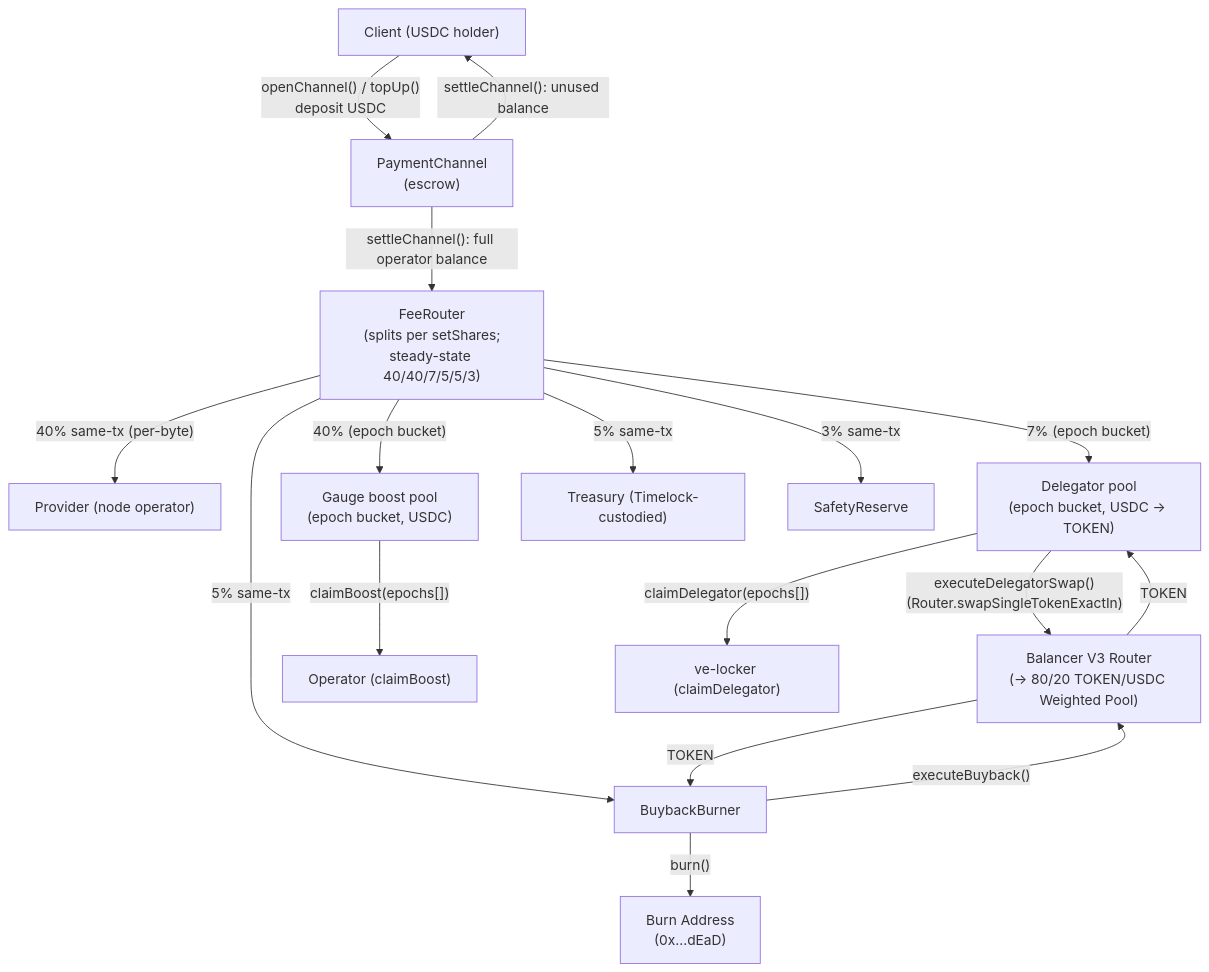
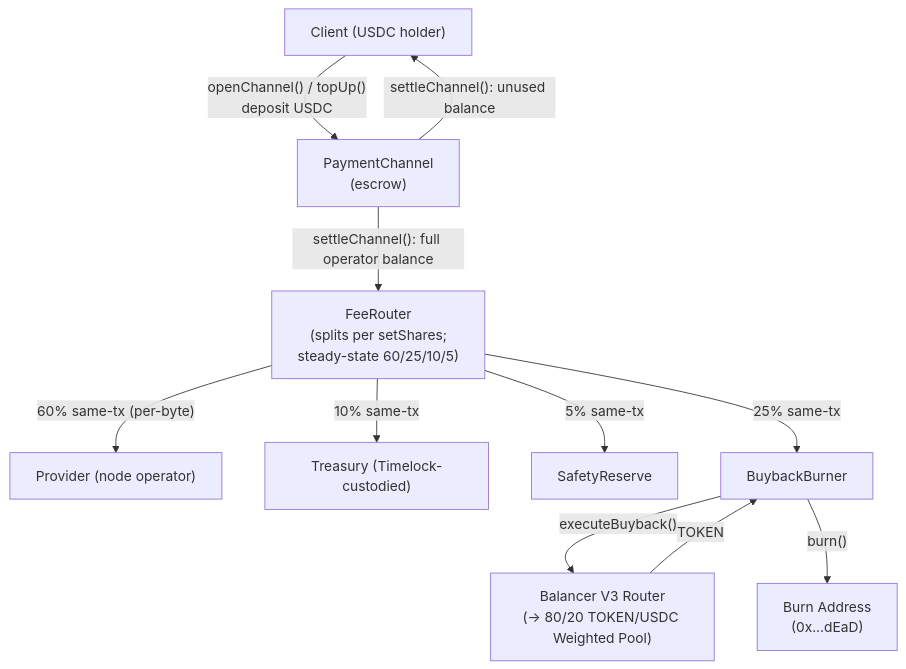
One commit to decdn/decdn changed the fourth of 5 diagrams in adr/016-contract-interactions.md. Above: the diagram before and after it, drawn with Mermaid. The commit also changed other lines of this file and 38 other files, not shown here.

````diff
--- a/adr/016-contract-interactions.md
+++ b/adr/016-contract-interactions.md
@@ -535,33 +563,23 @@
 ```mermaid
 flowchart TD
     Client["Client (USDC holder)"]
     PC["PaymentChannel<br/>(escrow)"]
-    FR["FeeRouter<br/>(splits per setShares;<br/>steady-state 40/40/7/5/5/3)"]
+    FR["FeeRouter<br/>(splits per setShares;<br/>steady-state 60/25/10/5)"]
     Provider["Provider (node operator)"]
-    GAUGE["Gauge boost pool<br/>(epoch bucket, USDC)"]
-    DELE["Delegator pool<br/>(epoch bucket, USDC → TOKEN)"]
     Treasury["Treasury (Timelock-custodied)"]
     SAFE["SafetyReserve"]
     BB["BuybackBurner"]
     BAL["Balancer V3 Router<br/>(→ 80/20 TOKEN/USDC Weighted Pool)"]
     BURN["Burn Address<br/>(0x...dEaD)"]
-    OpClaim["Operator (claimBoost)"]
-    LockerClaim["ve-locker (claimDelegator)"]
 
     Client -->|"openChannel() / topUp()<br/>deposit USDC"| PC
     PC -->|"settleChannel(): full operator balance"| FR
     PC -->|"settleChannel(): unused balance"| Client
-    FR -->|"40% same-tx (per-byte)"| Provider
-    FR -->|"40% (epoch bucket)"| GAUGE
-    FR -->|"7% (epoch bucket)"| DELE
-    FR -->|"5% same-tx"| BB
-    FR -->|"5% same-tx"| Treasury
-    FR -->|"3% same-tx"| SAFE
-    DELE -->|"executeDelegatorSwap()<br/>(Router.swapSingleTokenExactIn)"| BAL
-    BAL -->|"TOKEN"| DELE
+    FR -->|"60% same-tx (per-byte)"| Provider
+    FR -->|"25% same-tx"| BB
+    FR -->|"10% same-tx"| Treasury
+    FR -->|"5% same-tx"| SAFE
     BB -->|"executeBuyback()"| BAL
     BAL -->|"TOKEN"| BB
     BB -->|"burn()"| BURN
-    GAUGE -->|"claimBoost(epochs[])"| OpClaim
-    DELE -->|"claimDelegator(epochs[])"| LockerClaim
 ```
````
